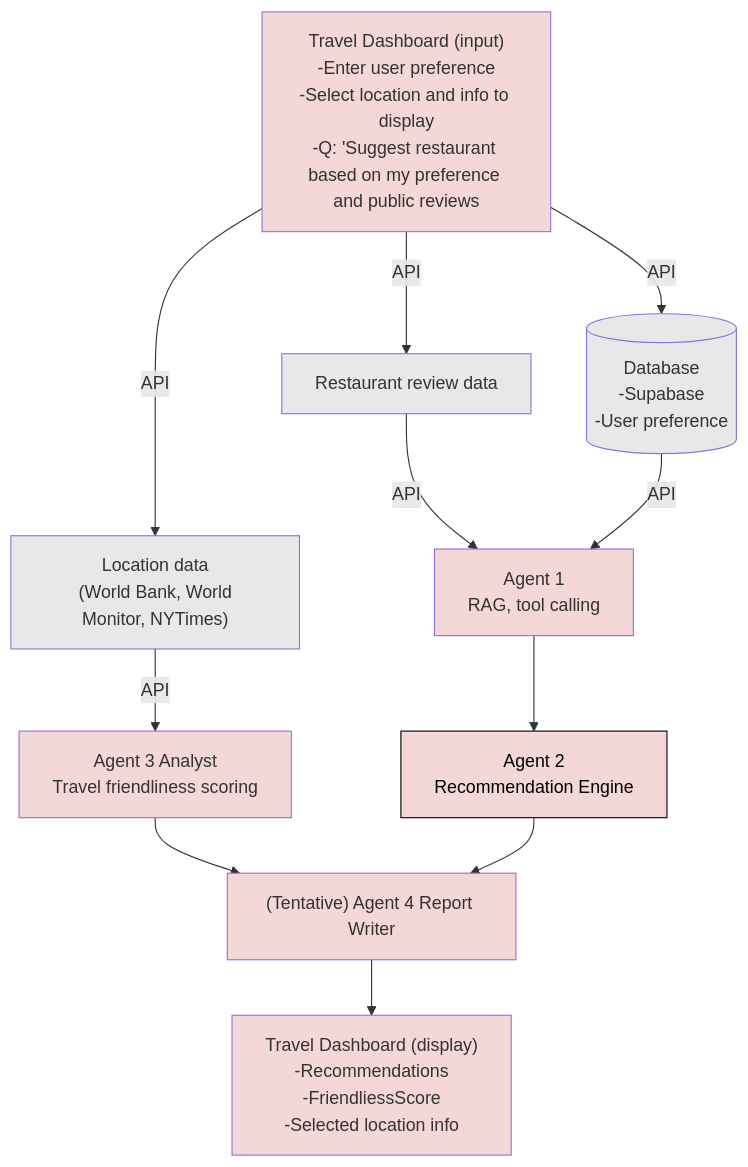
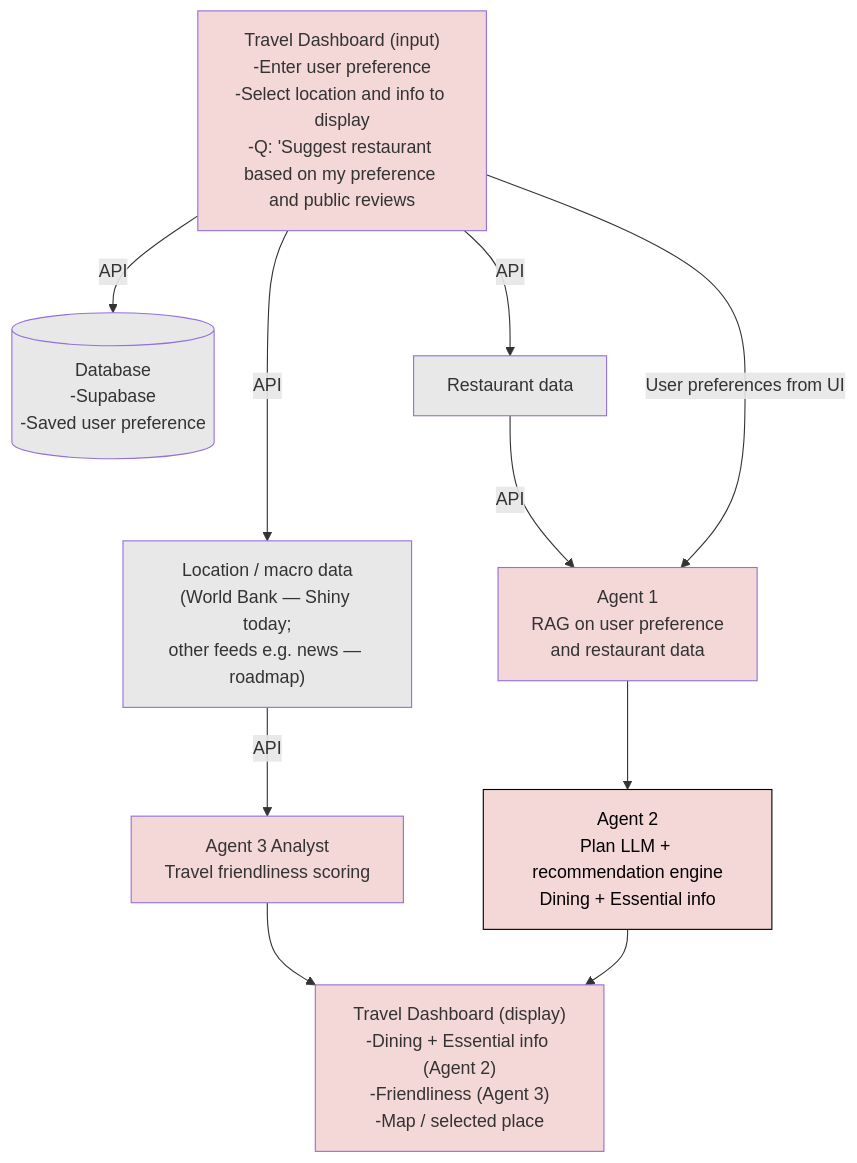
Before and after one commit to JanHsuanChu/TravelDashboard: the first of 2 diagrams in README.md, drawn with Mermaid. The commit also changed other lines of this file and 9 other files, not shown here.

````diff
--- a/README.md
+++ b/README.md
@@ -87,33 +87,31 @@
 ```mermaid
 ---
 config:
   layout: dagre
 ---
 flowchart TB
-    Dashboard@{ label: "Travel Dashboard (input)<br>-Enter user preference<br>-Select location and info to display<br>-Q: 'Suggest restaurant based on my preference and public reviews" } -- API --> Database[("Database<br>-Supabase<br>-User preference")]
-    Agent2["Agent 3 Analyst<br>Travel friendliness scoring"] --> Agent3["(Tentative) Agent 4 Report Writer"]
-    Agent1["Agent 1<br> RAG, tool calling"] --> n1["Agent 2<br> Recommendation Engine"]
-    Agent3 --> SummaryReport["Travel Dashboard (display)<br>-Recommendations<br>-FriendliessScore<br>-Selected location info"]
-    n2["Restaurant review data"] -- API --> Agent1
-    Database -- API --> Agent1
-    n3["Location data<br> (World Bank, World Monitor, NYTimes)"] -- API --> Agent2
-    n1 --> Agent3
+    Dashboard@{ label: "Travel Dashboard (input)<br>-Enter user preference<br>-Select location and info to display<br>-Q: 'Suggest restaurant based on my preference and public reviews" } -- API --> Database[("Database<br>-Supabase<br>-Saved user preference")]
+    Agent2["Agent 3 Analyst<br>Travel friendliness scoring"] --> SummaryReport["Travel Dashboard (display)<br>-Dining + Essential info (Agent 2)<br>-Friendliness (Agent 3)<br>-Map / selected place"]
+    Agent1["Agent 1<br>RAG on user preference<br>and restaurant data"] --> n1["Agent 2<br>Plan LLM + recommendation engine<br>Dining + Essential info"]
+    n2["Restaurant data"] -- API --> Agent1
+    Dashboard -->|User preferences from UI| Agent1
+    n3["Location / macro data<br>(World Bank — Shiny today;<br>other feeds e.g. news — roadmap)"] -- API --> Agent2
+    n1 --> SummaryReport
     Dashboard -- API --> n3
     Dashboard -- API --> n2
 
     Dashboard@{ shape: rect}
     Agent2@{ shape: rect}
     n2@{ shape: rect}
     n3@{ shape: rect}
      n1:::Rose
     classDef Rose stroke-width:1px, stroke-dasharray:none, stroke:#FF5978, fill:#FFDFE5, color:#8E2236
     style Dashboard fill:#f4d7d7
     style Database fill:#e8e8e8
     style Agent2 fill:#f4d7d7
-    style Agent3 fill:#f4d7d7
     style Agent1 fill:#f4d7d7
     style n1 stroke:#000000,color:#000000,fill:#f4d7d7
     style SummaryReport fill:#f4d7d7
     style n2 fill:#e8e8e8
     style n3 fill:#e8e8e8
 ```
````
